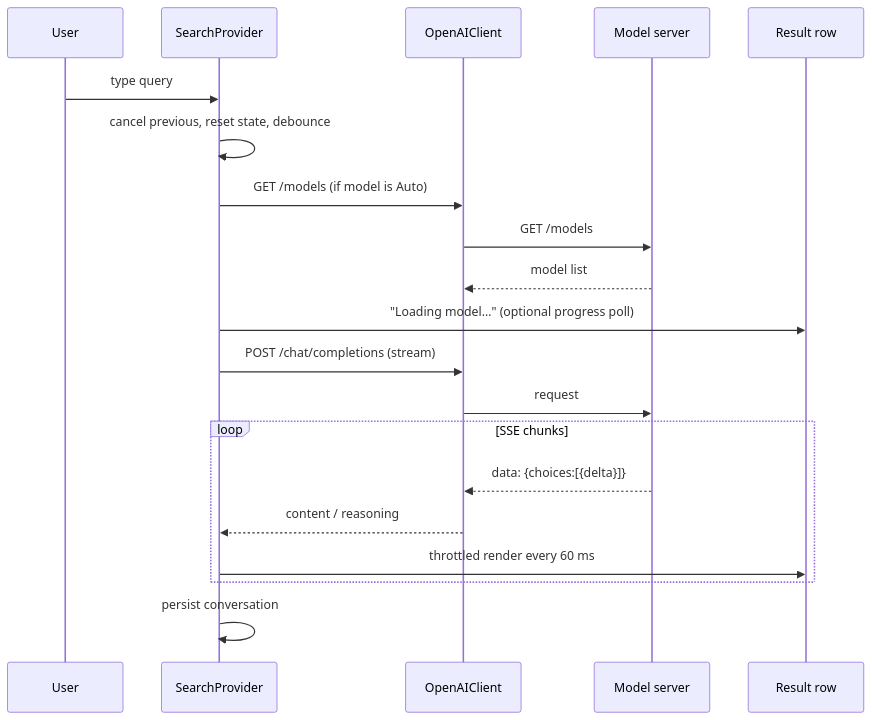
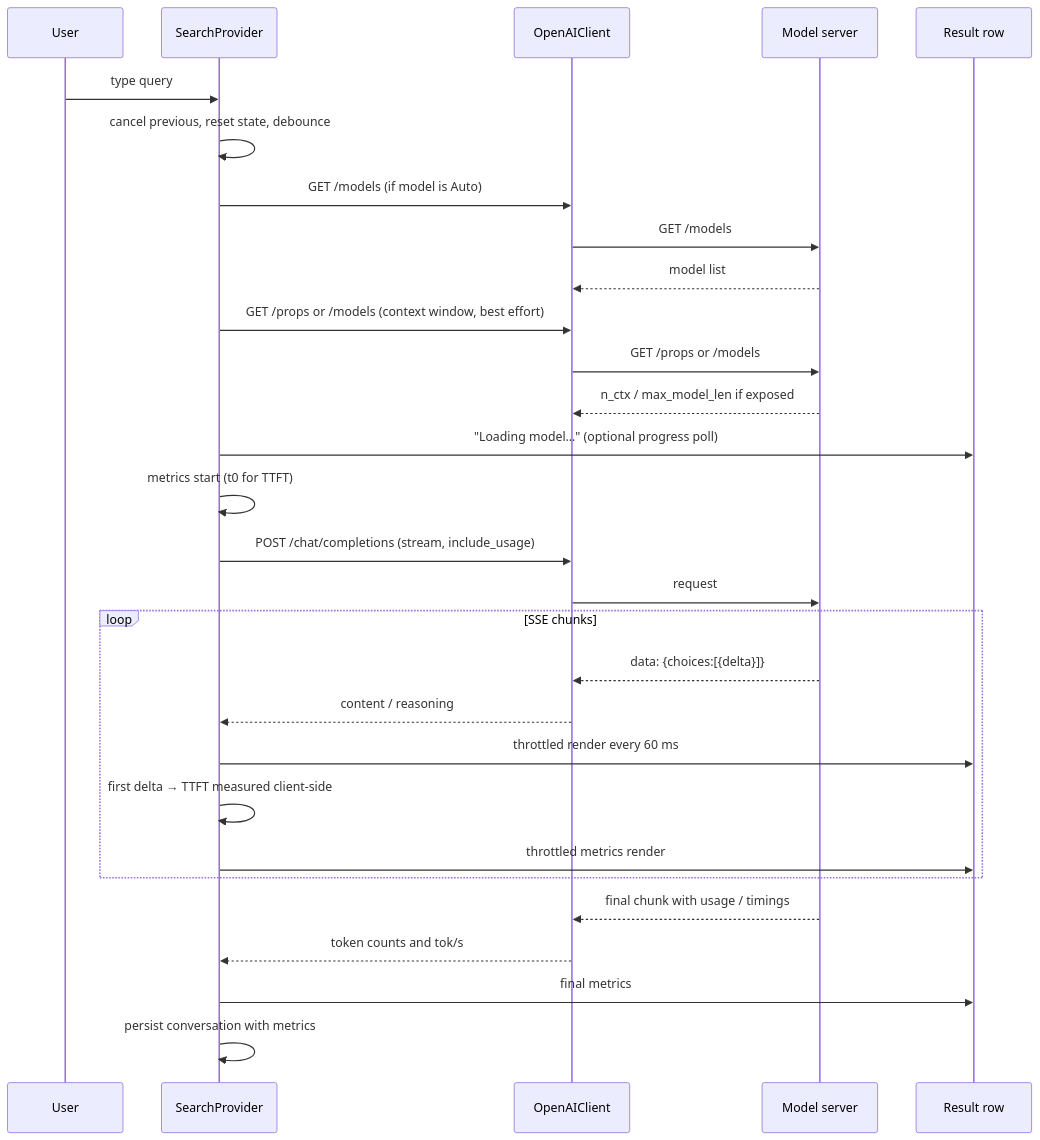
The second of 2 diagrams in docs/ARCHITECTURE.md (alexdlukens/local-ai-search-provider), drawn with Mermaid before and after one commit. The commit also changed other lines of this file and 17 other files, not shown here.

````diff
--- a/docs/ARCHITECTURE.md
+++ b/docs/ARCHITECTURE.md
@@ -57,23 +61,32 @@
 ```mermaid
 sequenceDiagram
     participant U as User
     participant P as SearchProvider
     participant C as OpenAIClient
     participant S as Model server
     participant R as Result row
 
     U->>P: type query
     P->>P: cancel previous, reset state, debounce
     P->>C: GET /models (if model is Auto)
     C->>S: GET /models
     S-->>C: model list
+    P->>C: GET /props or /models (context window, best effort)
+    C->>S: GET /props or /models
+    S-->>C: n_ctx / max_model_len if exposed
     P->>R: "Loading model…" (optional progress poll)
-    P->>C: POST /chat/completions (stream)
+    P->>P: metrics start (t0 for TTFT)
+    P->>C: POST /chat/completions (stream, include_usage)
     C->>S: request
     loop SSE chunks
         S-->>C: data: {choices:[{delta}]}
         C-->>P: content / reasoning
         P->>R: throttled render every 60 ms
+        P->>P: first delta → TTFT measured client-side
+        P->>R: throttled metrics render
     end
-    P->>P: persist conversation
+    S-->>C: final chunk with usage / timings
+    C-->>P: token counts and tok/s
+    P->>R: final metrics
+    P->>P: persist conversation with metrics
 ```
````
